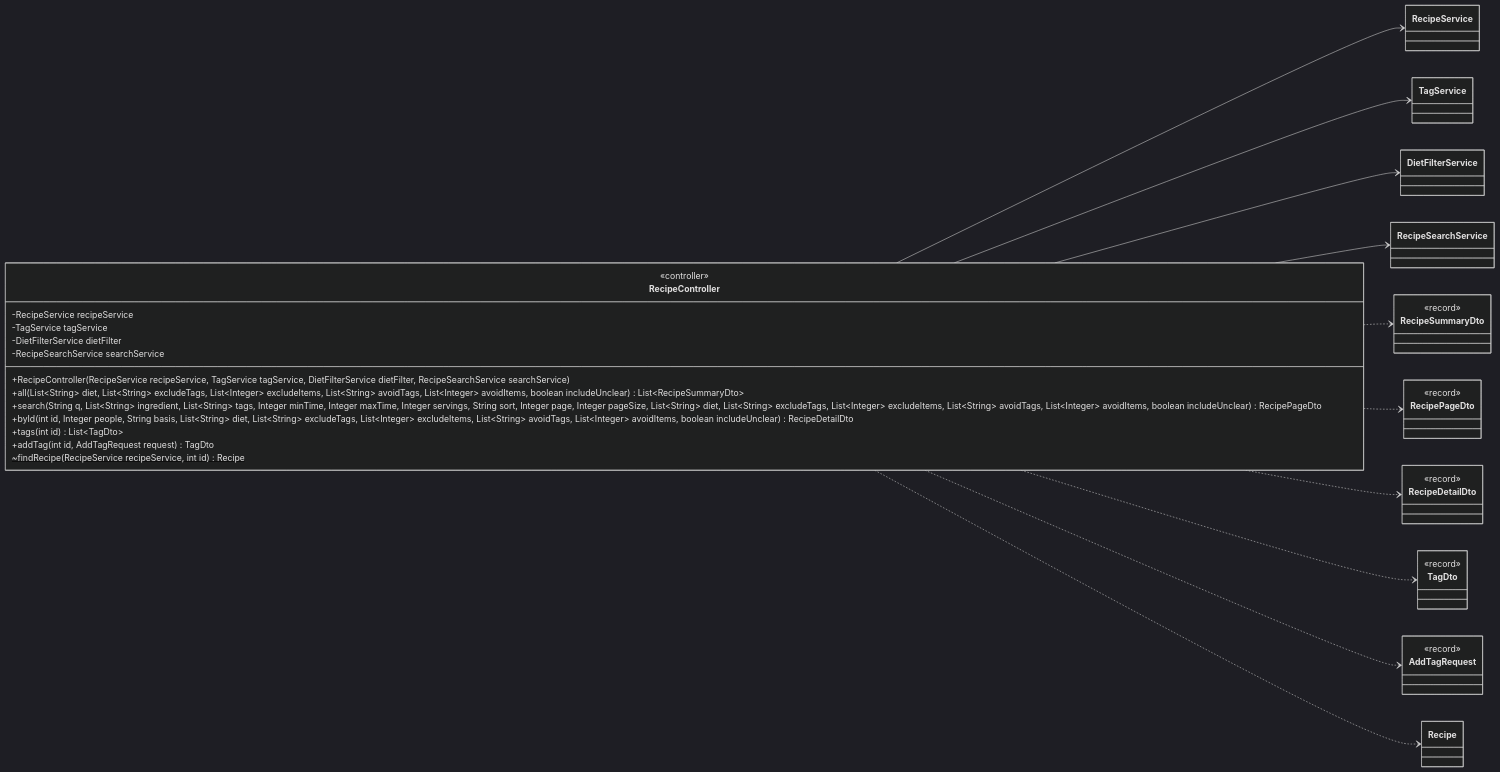
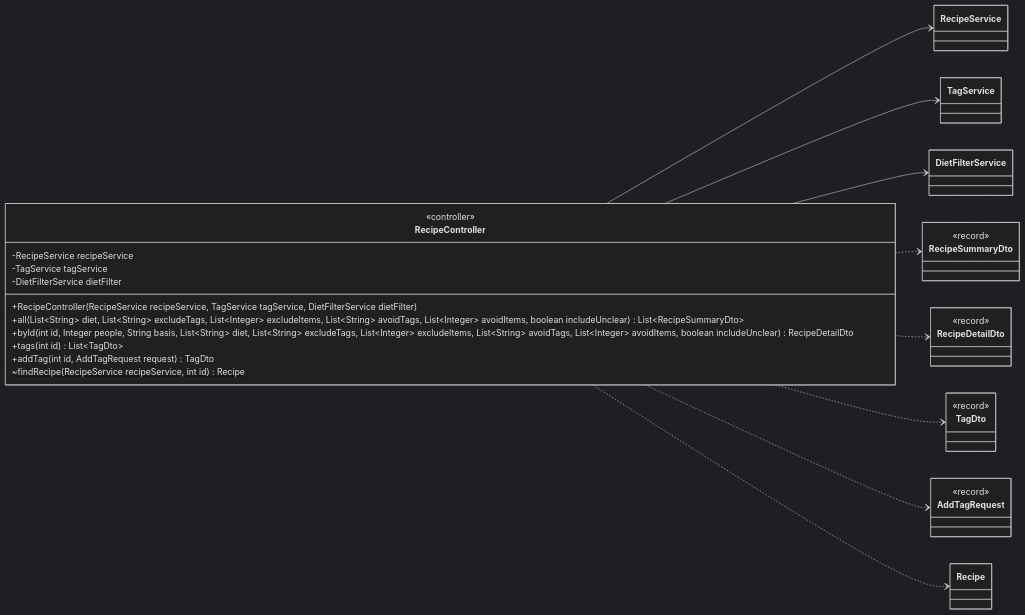
Before and after one commit to Nate-ryan-7690/dahaem: diagram 31 of 51 in docs/classes/api.md, drawn with Mermaid (dark theme). The commit also changed other lines of this file and 7 other files, not shown here.

````diff
--- a/docs/classes/api.md
+++ b/docs/classes/api.md
@@ -1409,48 +1326,40 @@
 ```mermaid
 classDiagram
     direction LR
     class api_RecipeController["RecipeController"] {
         <<controller>>
         -RecipeService recipeService
         -TagService tagService
         -DietFilterService dietFilter
-        -RecipeSearchService searchService
-        +RecipeController(RecipeService recipeService, TagService tagService, DietFilterService dietFilter, RecipeSearchService searchService)
+        +RecipeController(RecipeService recipeService, TagService tagService, DietFilterService dietFilter)
         +all(List~String~ diet, List~String~ excludeTags, List~Integer~ excludeItems, List~String~ avoidTags, List~Integer~ avoidItems, boolean includeUnclear) List~RecipeSummaryDto~
-        +search(String q, List~String~ ingredient, List~String~ tags, Integer minTime, Integer maxTime, Integer servings, String sort, Integer page, Integer pageSize, List~String~ diet, List~String~ excludeTags, List~Integer~ excludeItems, List~String~ avoidTags, List~Integer~ avoidItems, boolean includeUnclear) RecipePageDto
         +byId(int id, Integer people, String basis, List~String~ diet, List~String~ excludeTags, List~Integer~ excludeItems, List~String~ avoidTags, List~Integer~ avoidItems, boolean includeUnclear) RecipeDetailDto
         +tags(int id) List~TagDto~
         +addTag(int id, AddTagRequest request) TagDto
         ~findRecipe(RecipeService recipeService, int id) Recipe$
     }
     class mealplanner_RecipeService["RecipeService"]
     class tags_TagService["TagService"]
     class diet_DietFilterService["DietFilterService"]
-    class mealplanner_RecipeSearchService["RecipeSearchService"]
     class api_RecipeSummaryDto["RecipeSummaryDto"] {
-        <<record>>
-    }
-    class api_RecipePageDto["RecipePageDto"] {
         <<record>>
     }
     class api_RecipeDetailDto["RecipeDetailDto"] {
         <<record>>
     }
     class api_TagDto["TagDto"] {
         <<record>>
     }
     class api_AddTagRequest["AddTagRequest"] {
         <<record>>
     }
     class mealplanner_Recipe["Recipe"]
     api_RecipeController --> mealplanner_RecipeService
     api_RecipeController --> tags_TagService
     api_RecipeController --> diet_DietFilterService
-    api_RecipeController --> mealplanner_RecipeSearchService
     api_RecipeController ..> api_RecipeSummaryDto
-    api_RecipeController ..> api_RecipePageDto
     api_RecipeController ..> api_RecipeDetailDto
     api_RecipeController ..> api_TagDto
     api_RecipeController ..> api_AddTagRequest
     api_RecipeController ..> mealplanner_Recipe
 ```
````
